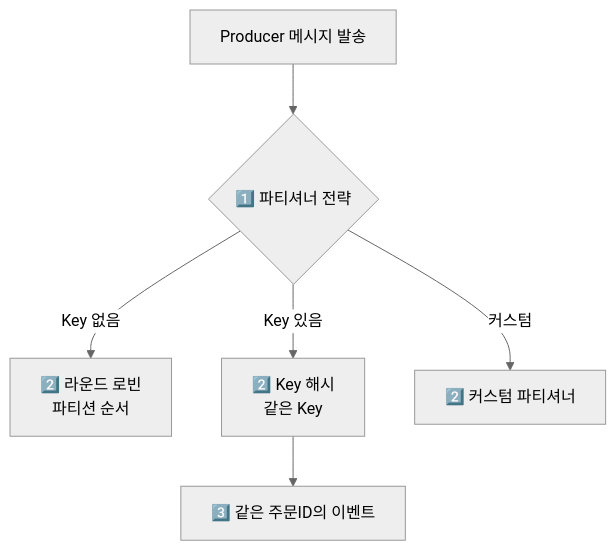
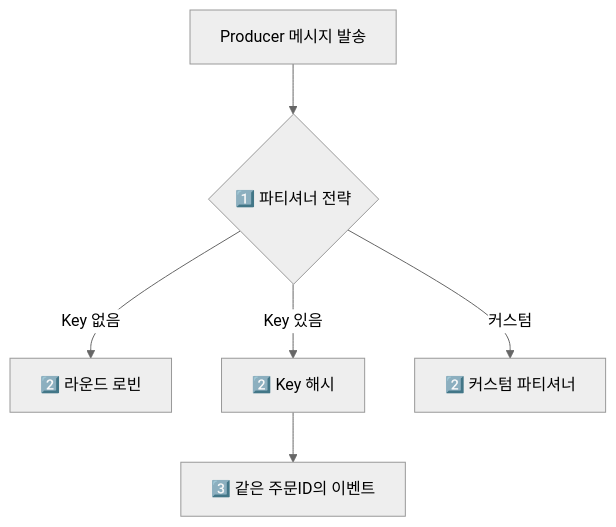
Before and after one commit to yjkim2015/yjkim2015.github.io: the third of 12 diagrams in _posts/kafka/2026-05-02-kafka-deep.md, drawn with Mermaid (neutral theme). The commit also changed other lines of this file and 217 other files, not shown here.

First line of the commit message:
Mermaid 크기 수정: useMaxWidth:true + SVG max-width:100% + 라벨 축소

````diff
--- a/_posts/kafka/2026-05-02-kafka-deep.md
+++ b/_posts/kafka/2026-05-02-kafka-deep.md
@@ -78,9 +78,9 @@
 ```mermaid
 graph TD
     Producer["Producer 메시지 발송"]
     Producer --> Q{"1️⃣ 파티셔너 전략"}
-    Q -->|"Key 없음"| RR["2️⃣ 라운드 로빈\n파티션 순서"]
-    Q -->|"Key 있음"| Hash["2️⃣ Key 해시\n같은 Key"]
+    Q -->|"Key 없음"| RR["2️⃣ 라운드 로빈"]
+    Q -->|"Key 있음"| Hash["2️⃣ Key 해시"]
     Q -->|"커스텀"| Custom["2️⃣ 커스텀 파티셔너"]
-    Hash --> OrderGuarantee["3️⃣ 같은 주문ID의 이벤트\n"]
+    Hash --> OrderGuarantee["3️⃣ 같은 주문ID의 이벤트"]
 ```
````
